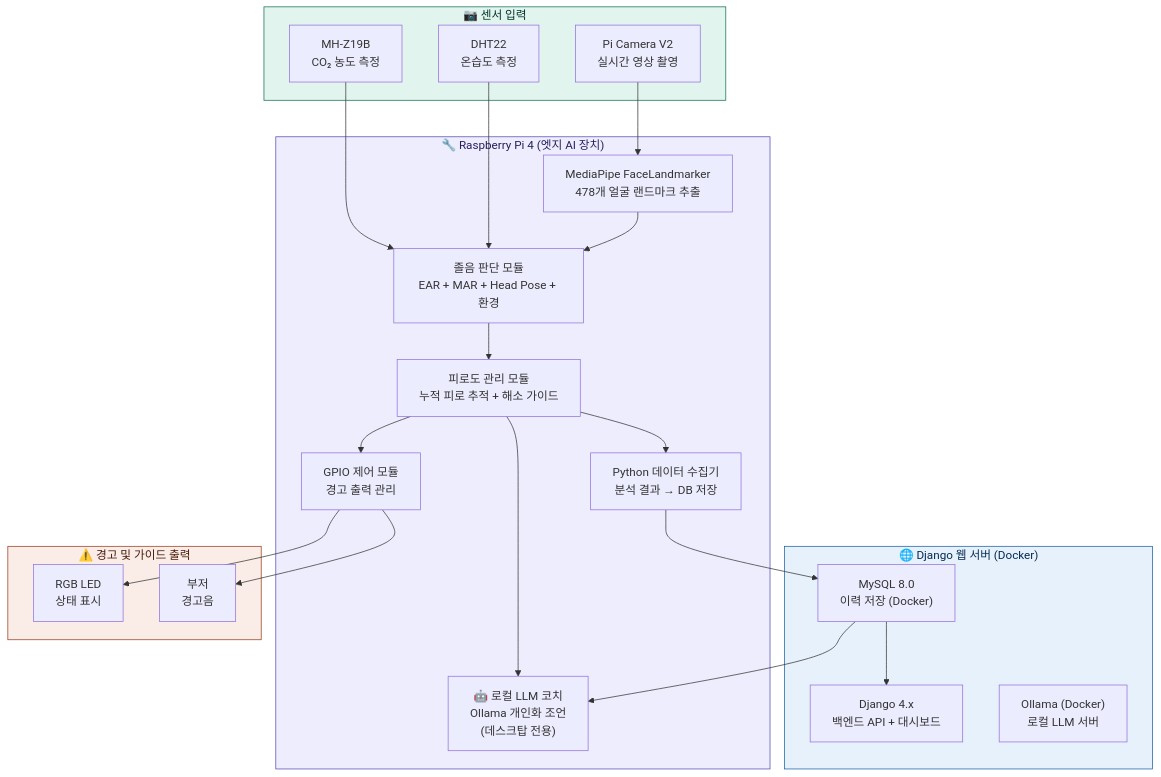
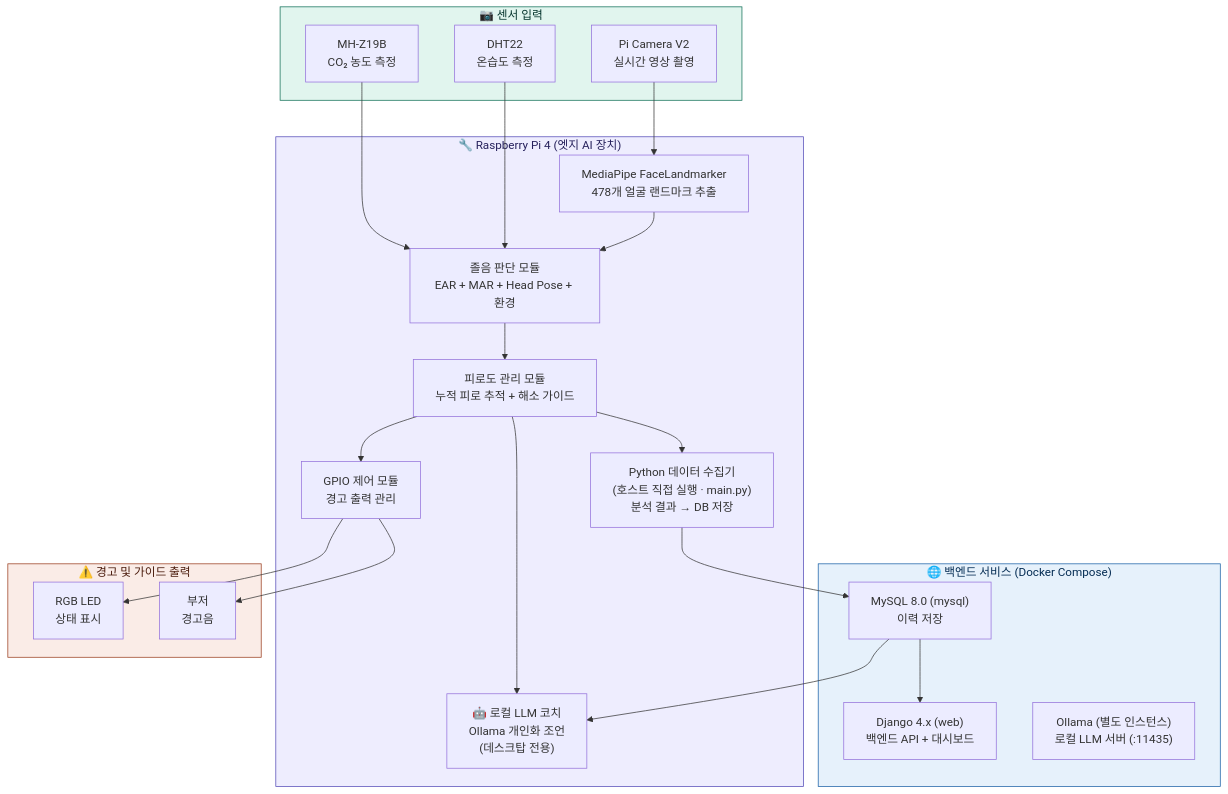
Before and after one commit to pgh165/capstone: the first of 13 diagrams in project.md, drawn with Mermaid. The commit also changed other lines of this file and 4 other files, not shown here.

First line of the commit message:
호스트 직접 실행 구조 반영 + LLM 별도 인스턴스 설정

````diff
--- a/project.md
+++ b/project.md
@@ -32,47 +32,47 @@
 ```mermaid
 graph TB
     subgraph SENSOR["📷 센서 입력"]
         CAM["Pi Camera V2<br/>실시간 영상 촬영"]
         CO2["MH-Z19B<br/>CO₂ 농도 측정"]
         DHT["DHT22<br/>온습도 측정"]
     end
 
     subgraph RPI["🔧 Raspberry Pi 4 (엣지 AI 장치)"]
         MP["MediaPipe FaceLandmarker<br/>478개 얼굴 랜드마크 추출"]
         ALG["졸음 판단 모듈<br/>EAR + MAR + Head Pose + 환경"]
         FATIGUE["피로도 관리 모듈<br/>누적 피로 추적 + 해소 가이드"]
         LLM["🤖 로컬 LLM 코치<br/>Ollama 개인화 조언<br/>(데스크탑 전용)"]
         GPIO["GPIO 제어 모듈<br/>경고 출력 관리"]
-        PYTHON["Python 데이터 수집기<br/>분석 결과 → DB 저장"]
+        PYTHON["Python 데이터 수집기<br/>(호스트 직접 실행 · main.py)<br/>분석 결과 → DB 저장"]
     end
 
-    subgraph WEB["🌐 Django 웹 서버 (Docker)"]
-        DJANGO["Django 4.x<br/>백엔드 API + 대시보드"]
-        MYSQL["MySQL 8.0<br/>이력 저장 (Docker)"]
-        OLLAMA_SVC["Ollama (Docker)<br/>로컬 LLM 서버"]
+    subgraph WEB["🌐 백엔드 서비스 (Docker Compose)"]
+        DJANGO["Django 4.x (web)<br/>백엔드 API + 대시보드"]
+        MYSQL["MySQL 8.0 (mysql)<br/>이력 저장"]
+        OLLAMA_SVC["Ollama (별도 인스턴스)<br/>로컬 LLM 서버 (:11435)"]
     end
 
     subgraph OUTPUT["⚠️ 경고 및 가이드 출력"]
         LED["RGB LED<br/>상태 표시"]
         BUZ["부저<br/>경고음"]
     end
 
     CAM --> MP
     CO2 --> ALG
     DHT --> ALG
     MP --> ALG
     ALG --> FATIGUE
     FATIGUE --> LLM
     FATIGUE --> GPIO
     FATIGUE --> PYTHON
     PYTHON --> MYSQL
     MYSQL --> LLM
     GPIO --> LED
     GPIO --> BUZ
     MYSQL --> DJANGO
 
     style SENSOR fill:#E1F5EE,stroke:#0F6E56,color:#04342C
     style RPI fill:#EEEDFE,stroke:#534AB7,color:#26215C
     style WEB fill:#E6F1FB,stroke:#185FA5,color:#042C53
     style OUTPUT fill:#FAECE7,stroke:#993C1D,color:#4A1B0C
 ```
````
